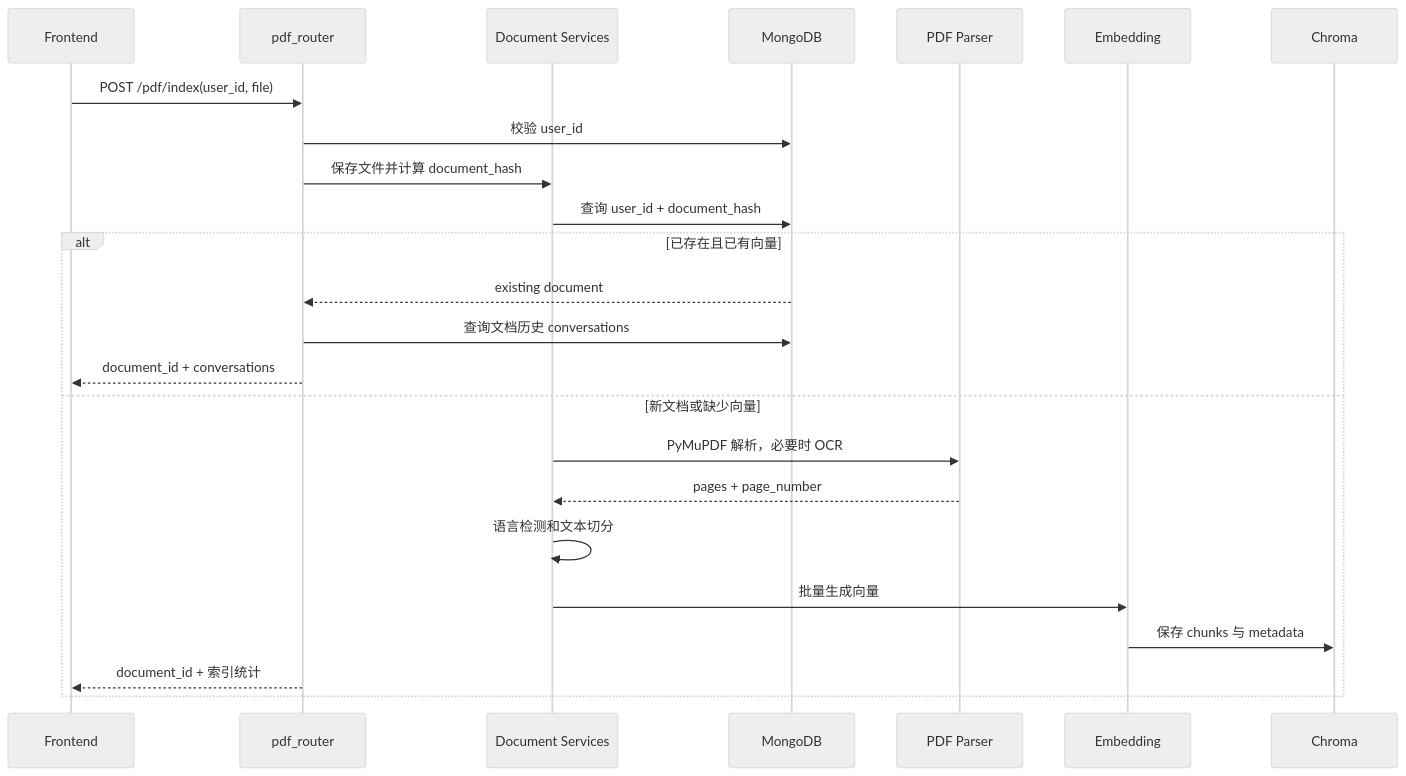
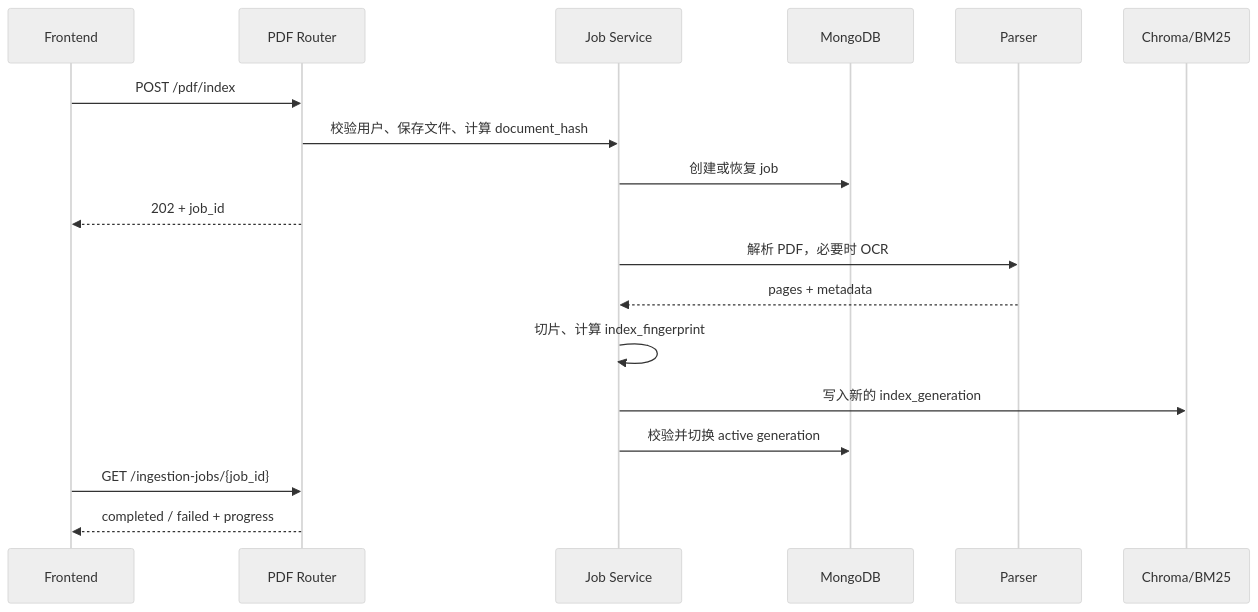
Before and after one commit to ljiaming-0218/DocRag: the second of 3 diagrams in medrag/docs/系统架构图.md, drawn with Mermaid (neutral theme). The commit also changed other lines of this file and 9 other files, not shown here.

````diff
--- a/medrag/docs/系统架构图.md
+++ b/medrag/docs/系统架构图.md
@@ -62,28 +30,21 @@
 ```mermaid
 sequenceDiagram
     participant F as Frontend
-    participant R as pdf_router
-    participant D as Document Services
+    participant R as PDF Router
+    participant J as Job Service
     participant M as MongoDB
-    participant P as PDF Parser
-    participant E as Embedding
-    participant C as Chroma
+    participant P as Parser
+    participant V as Chroma/BM25
 
-    F->>R: POST /pdf/index(user_id, file)
-    R->>M: 校验 user_id
-    R->>D: 保存文件并计算 document_hash
-    D->>M: 查询 user_id + document_hash
-
-    alt 已存在且已有向量
-        M-->>R: existing document
-        R->>M: 查询文档历史 conversations
-        R-->>F: document_id + conversations
-    else 新文档或缺少向量
-        D->>P: PyMuPDF 解析，必要时 OCR
-        P-->>D: pages + page_number
-        D->>D: 语言检测和文本切分
-        D->>E: 批量生成向量
-        E->>C: 保存 chunks 与 metadata
-        R-->>F: document_id + 索引统计
-    end
+    F->>R: POST /pdf/index
+    R->>J: 校验用户、保存文件、计算 document_hash
+    J->>M: 创建或恢复 job
+    R-->>F: 202 + job_id
+    J->>P: 解析 PDF，必要时 OCR
+    P-->>J: pages + metadata
+    J->>J: 切片、计算 index_fingerprint
+    J->>V: 写入新的 index_generation
+    J->>M: 校验并切换 active generation
+    F->>R: GET /ingestion-jobs/{job_id}
+    R-->>F: completed / failed + progress
 ```
````
